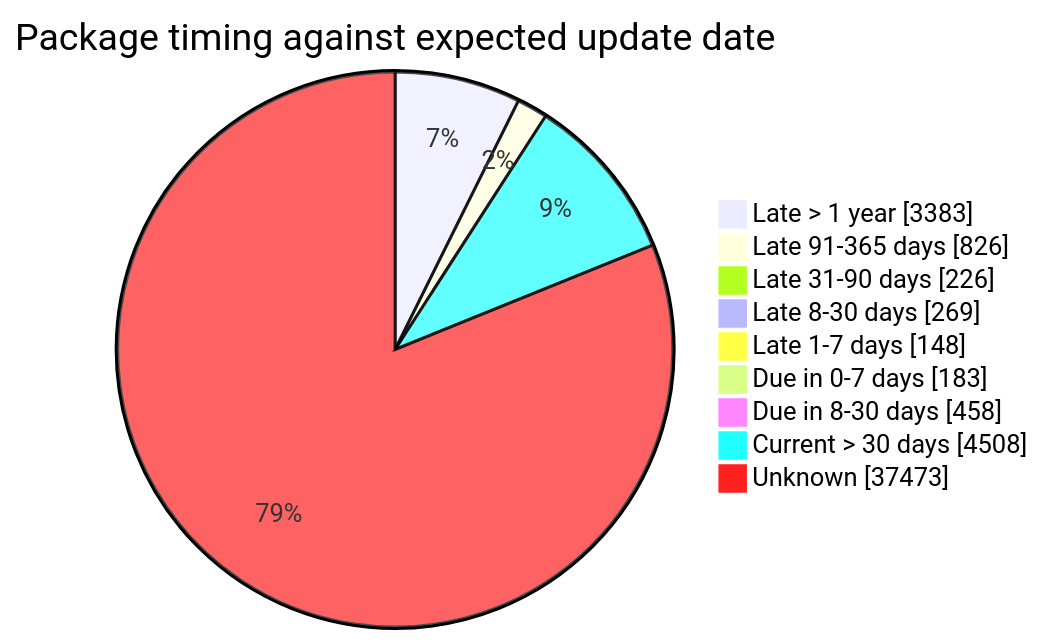
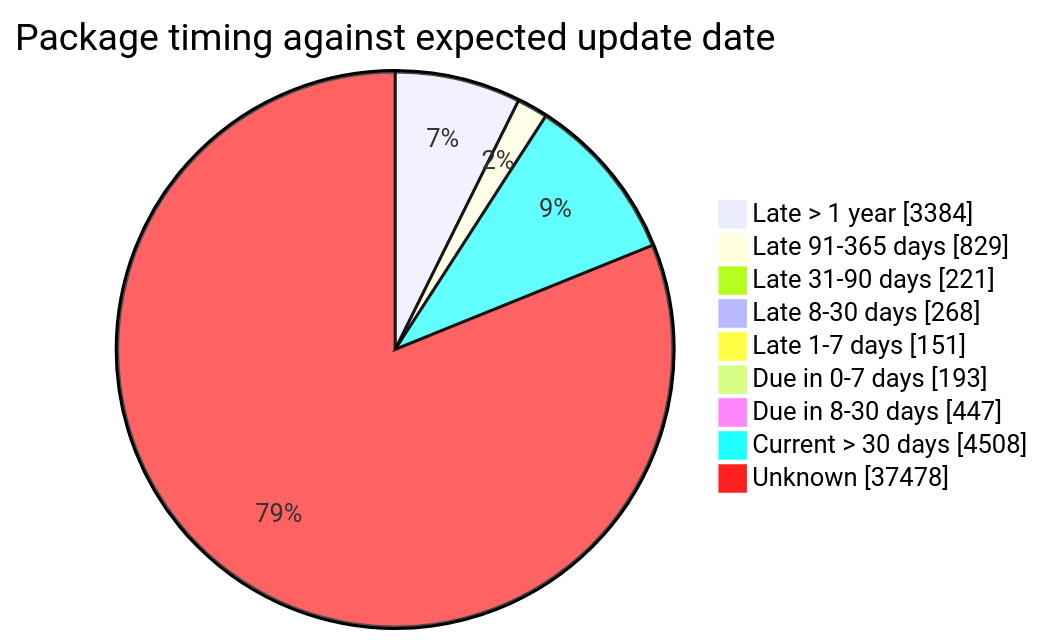
The fourth of 5 diagrams in FreshCheck/README.md (open-data/analytics-corporate-reporting), drawn with Mermaid before and after one commit. The commit also changed other lines of this file and 3 other files, not shown here.

````diff
--- a/FreshCheck/README.md
+++ b/FreshCheck/README.md
@@ -87,12 +87,12 @@
 ```mermaid
 pie showData title Package timing against expected update date
-    "Late > 1 year": 3383
-    "Late 91-365 days": 826
-    "Late 31-90 days": 226
-    "Late 8-30 days": 269
-    "Late 1-7 days": 148
-    "Due in 0-7 days": 183
-    "Due in 8-30 days": 458
+    "Late > 1 year": 3384
+    "Late 91-365 days": 829
+    "Late 31-90 days": 221
+    "Late 8-30 days": 268
+    "Late 1-7 days": 151
+    "Due in 0-7 days": 193
+    "Due in 8-30 days": 447
     "Current > 30 days": 4508
-    "Unknown": 37473
+    "Unknown": 37478
 ```
````
